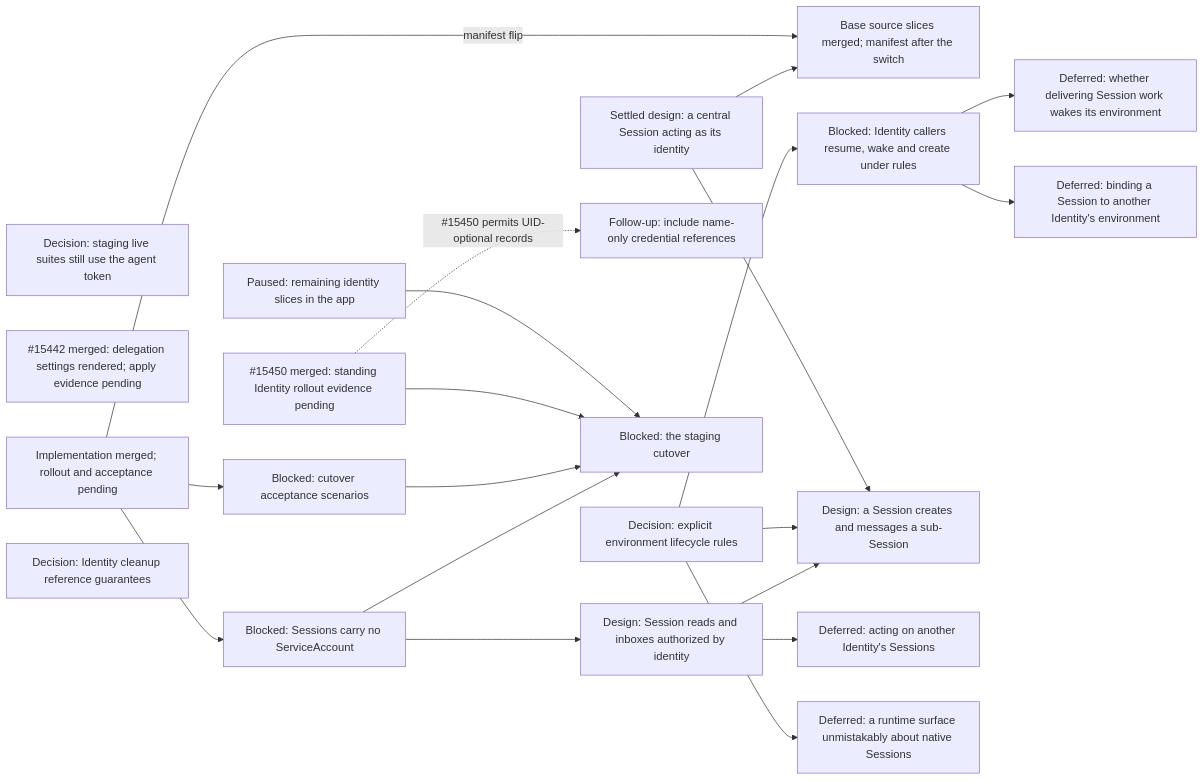
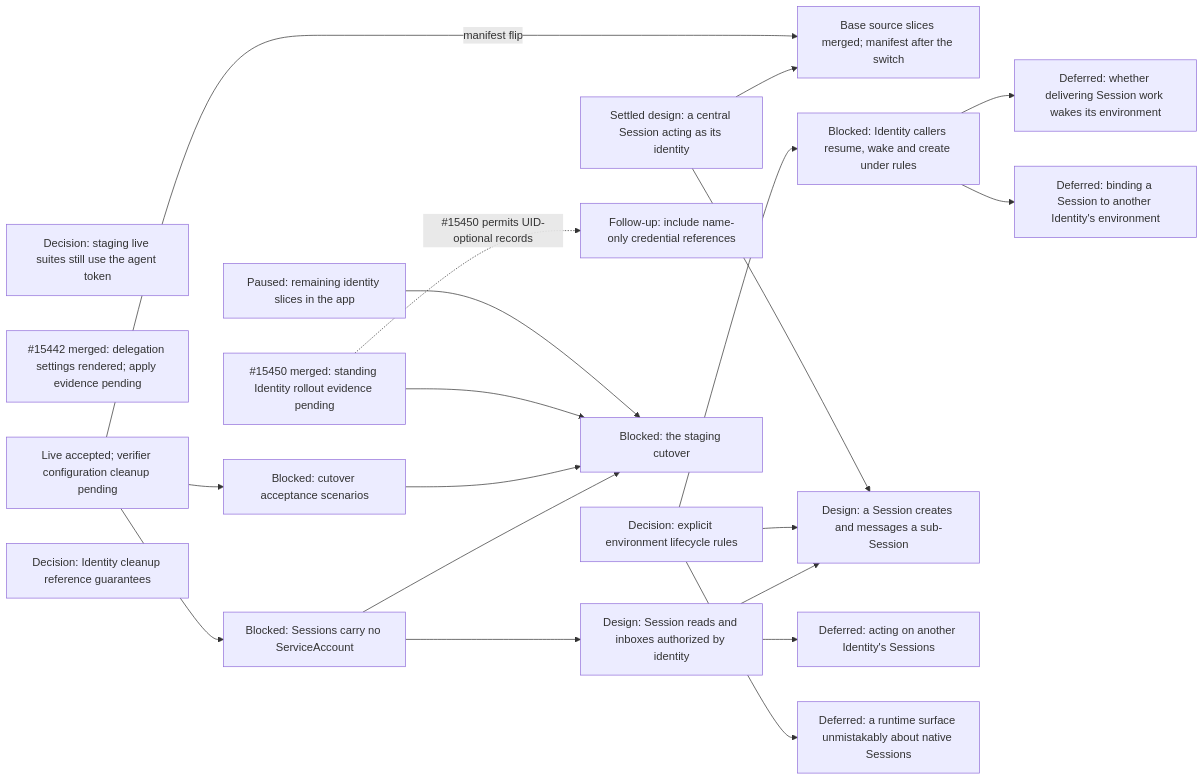
Diagram 16 of 18 in agentplane/plans/task_dag.md (agentydragon/ducktape), drawn with Mermaid before and after one commit. The commit also changed other lines of this file and 8 other files, not shown here.

Commit message:
agentplane: close Sandbox Identity live rollout acceptance

````diff
--- a/agentplane/plans/task_dag.md
+++ b/agentplane/plans/task_dag.md
@@ -3144,34 +3144,34 @@
 ```mermaid
 flowchart LR
     APP_AGENT_TOKEN_DECISION[Decision: staging live suites still use the agent token]
     SERVICES_IDENTITY_PRINCIPAL[#15442 merged: delegation settings rendered; apply evidence pending]
     CENTRAL_SESSION_ACTING_DESIGN[Settled design: a central Session acting as its identity]
     CENTRAL_SESSION_DELEGATED_ACTING[Base source slices merged; manifest after the switch]
     CENTRAL_SESSION_ACTING_DESIGN --> CENTRAL_SESSION_DELEGATED_ACTING
     SANDBOX_IDENTITY_SPEC -->|manifest flip| CENTRAL_SESSION_DELEGATED_ACTING
     STANDING_WORKLOAD_IDENTITY[#15450 merged: standing Identity rollout evidence pending]
     ENVIRONMENT_RULE_TYPE_DESIGN[Decision: explicit environment lifecycle rules]
     ENVIRONMENT_LIFECYCLE_RULES[Blocked: Identity callers resume, wake and create under rules]
     ENVIRONMENT_RULE_TYPE_DESIGN --> ENVIRONMENT_LIFECYCLE_RULES
     APP_IDENTITIES_UI[Paused: remaining identity slices in the app]
     IDENTITY_CLEANUP_REFERENCE_DECISION[Decision: Identity cleanup reference guarantees]
     IDENTITY_DELETE_CREDENTIAL_GUARD[Follow-up: include name-only credential references]
     STANDING_WORKLOAD_IDENTITY -. #15450 permits UID-optional records .-> IDENTITY_DELETE_CREDENTIAL_GUARD
-    SANDBOX_IDENTITY_SPEC[Implementation merged; rollout and acceptance pending]
+    SANDBOX_IDENTITY_SPEC[Live accepted; verifier configuration cleanup pending]
     SANDBOX_IDENTITY_SPEC --> IDENTITY_SYSTEM_TESTS[Blocked: cutover acceptance scenarios]
     SANDBOX_IDENTITY_SPEC --> SESSION_SA_PRINCIPAL_REMOVAL[Blocked: Sessions carry no ServiceAccount]
     SESSION_SA_PRINCIPAL_REMOVAL --> IDENTITY_CUTOVER
     SESSION_SA_PRINCIPAL_REMOVAL --> SESSION_IDENTITY_AUTHZ
     SESSION_SUBAGENT_DELEGATION[Design: a Session creates and messages a sub-Session]
     SESSION_IDENTITY_AUTHZ --> SESSION_SUBAGENT_DELEGATION
     ENVIRONMENT_RULE_TYPE_DESIGN --> SESSION_SUBAGENT_DELEGATION
     CENTRAL_SESSION_ACTING_DESIGN --> SESSION_SUBAGENT_DELEGATION
     IDENTITY_SYSTEM_TESTS --> IDENTITY_CUTOVER[Blocked: the staging cutover]
     STANDING_WORKLOAD_IDENTITY --> IDENTITY_CUTOVER
     APP_IDENTITIES_UI --> IDENTITY_CUTOVER
     SESSION_IDENTITY_AUTHZ[Design: Session reads and inboxes authorized by identity]
     SESSION_IDENTITY_AUTHZ --> SESSION_CROSS_IDENTITY_AUTHORITY[Deferred: acting on another Identity's Sessions]
     ENVIRONMENT_RULE_TYPE_DESIGN --> ENVIRONMENT_RUNTIME_NATIVE_SURFACE[Deferred: a runtime surface unmistakably about native Sessions]
     ENVIRONMENT_LIFECYCLE_RULES --> WAKE_ON_DELIVERY_DESIGN[Deferred: whether delivering Session work wakes its environment]
     ENVIRONMENT_LIFECYCLE_RULES --> CROSS_IDENTITY_SESSION_BINDING[Deferred: binding a Session to another Identity's environment]
 ```
````
